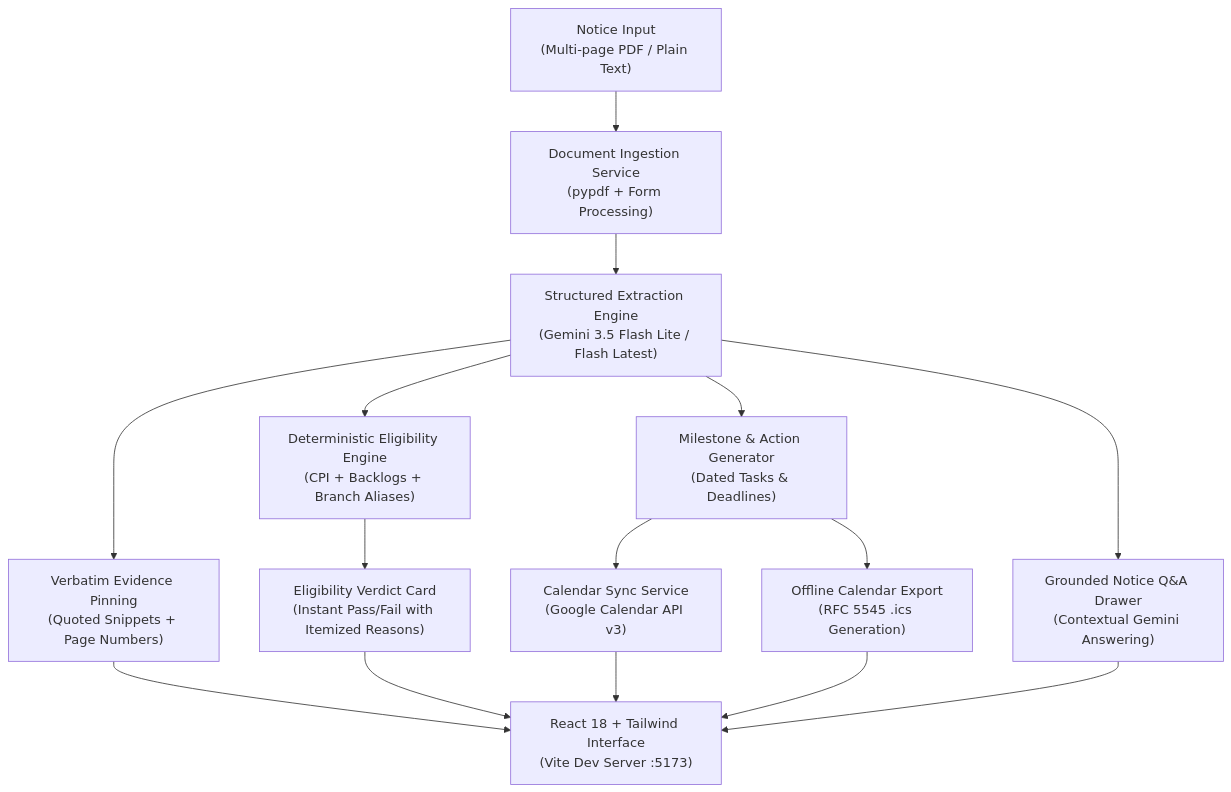
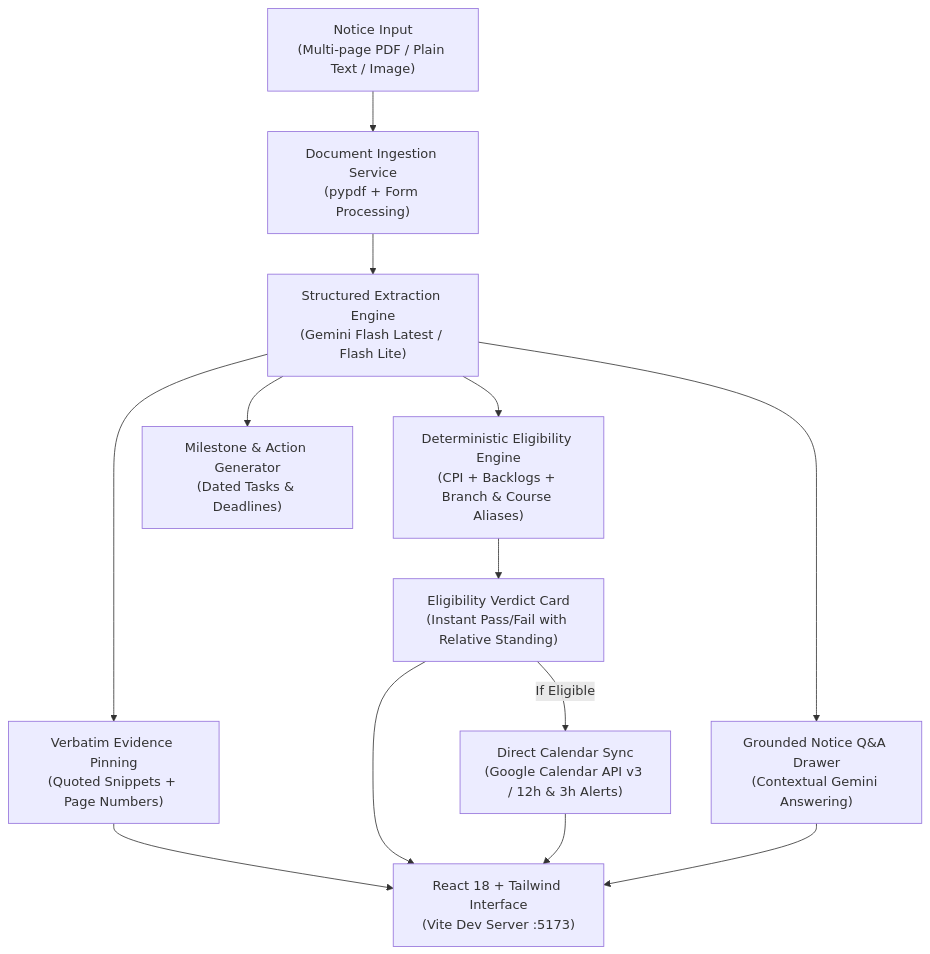
Before and after one commit to Yashwardhan61/DocuPilot: the diagram in README.md, drawn with Mermaid. The commit also changed other lines of this file and 4 other files, not shown here.

Commit message:
feat: show missed deadline status, enable direct calendar reminder entry, and update readme

````diff
--- a/README.md
+++ b/README.md
@@ -48,21 +56,19 @@
 ```mermaid
 flowchart TD
-    A["Notice Input\n(Multi-page PDF / Plain Text)"] --> B["Document Ingestion Service\n(pypdf + Form Processing)"]
-    B --> C["Structured Extraction Engine\n(Gemini 3.5 Flash Lite / Flash Latest)"]
+    A["Notice Input\n(Multi-page PDF / Plain Text / Image)"] --> B["Document Ingestion Service\n(pypdf + Form Processing)"]
+    B --> C["Structured Extraction Engine\n(Gemini Flash Latest / Flash Lite)"]
     
     C --> D["Verbatim Evidence Pinning\n(Quoted Snippets + Page Numbers)"]
-    C --> E["Deterministic Eligibility Engine\n(CPI + Backlogs + Branch Aliases)"]
+    C --> E["Deterministic Eligibility Engine\n(CPI + Backlogs + Branch & Course Aliases)"]
     C --> F["Milestone & Action Generator\n(Dated Tasks & Deadlines)"]
     
-    E --> G["Eligibility Verdict Card\n(Instant Pass/Fail with Itemized Reasons)"]
+    E --> G["Eligibility Verdict Card\n(Instant Pass/Fail with Relative Standing)"]
     
-    F --> H["Calendar Sync Service\n(Google Calendar API v3)"]
-    F --> I["Offline Calendar Export\n(RFC 5545 .ics Generation)"]
+    G -->|"If Eligible"| H["Direct Calendar Sync\n(Google Calendar API v3 / 12h & 3h Alerts)"]
     
     D --> J["React 18 + Tailwind Interface\n(Vite Dev Server :5173)"]
     G --> J
     H --> J
-    I --> J
     C --> K["Grounded Notice Q&A Drawer\n(Contextual Gemini Answering)"]
     K --> J
 ```
````
